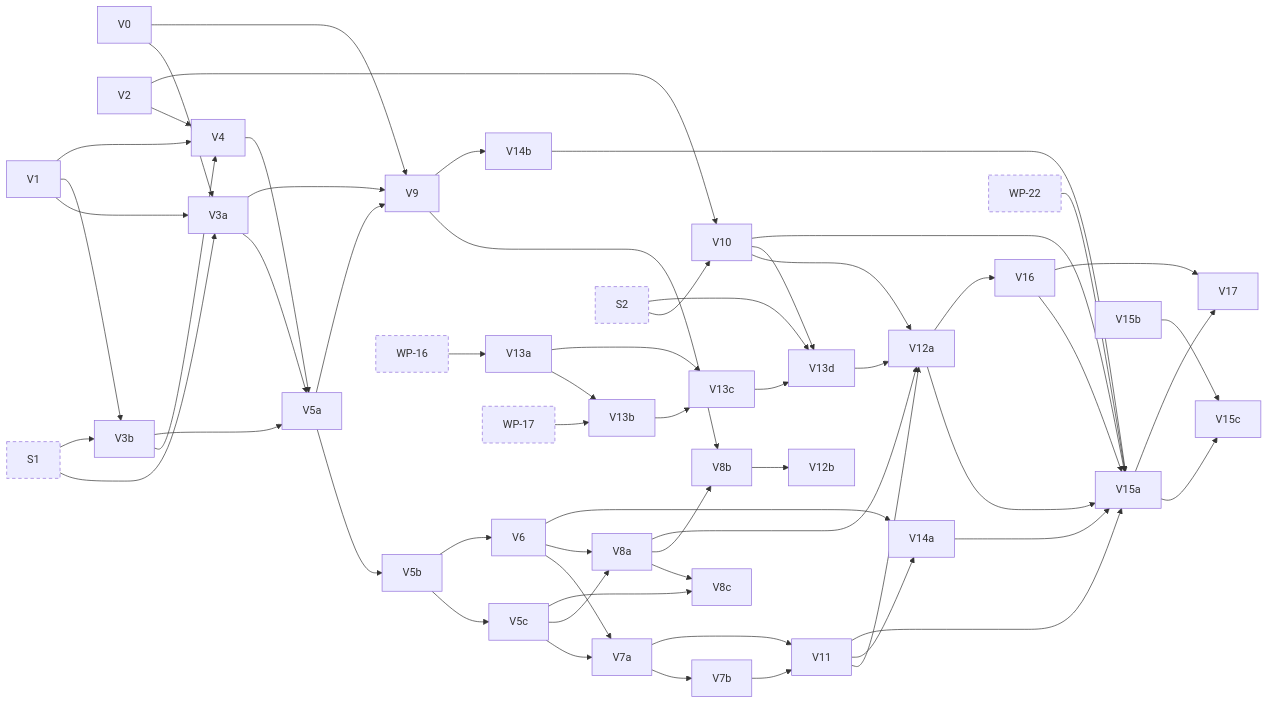
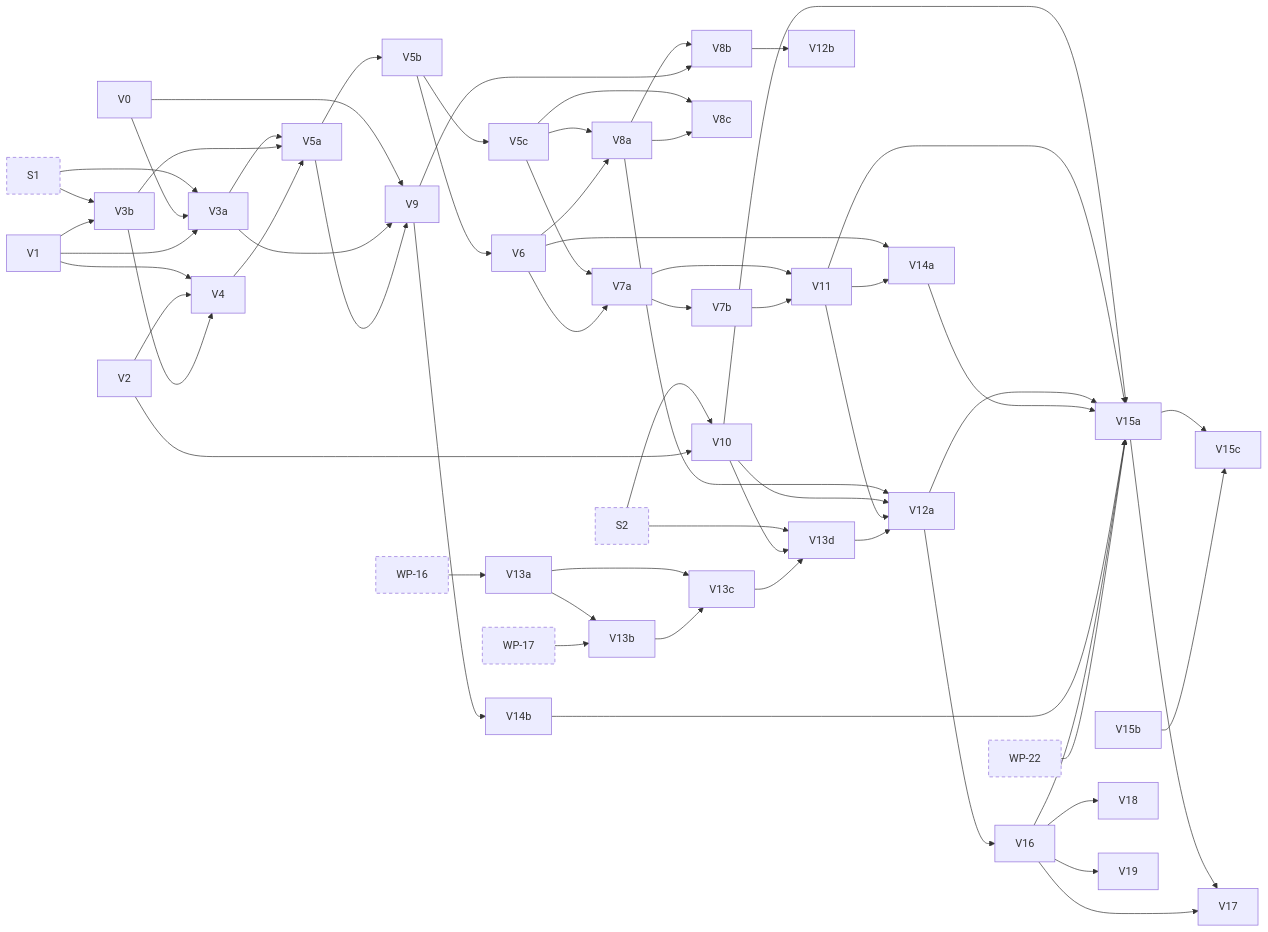
One commit to jhoblitt/rgw-go changed the fourth of 11 diagrams in docs/superpowers/plans/2026-10-13-phase-2/dependencies.md. Above: the diagram before and after it, drawn with Mermaid. The commit also changed other lines of this file and 2 other files, not shown here.

Commit message:
docs(plan): add tasks V18 and V19 from V16's review
V16's review met two defects beyond its own fix. A versioned write
whose version a delete removes between its index completion and its
link answers 404, as radosgw does, although it took effect; V18 makes
it succeed. Another request's OLH replay applies a versioned delete's
removal without the delete's object-lock guard, so a hold set after
the delete's check can be lost; V19 keeps the guard. V17's specs now
also cover an OLH head left behind without a pending attr.

```diff
--- a/docs/superpowers/plans/2026-10-13-phase-2/dependencies.md
+++ b/docs/superpowers/plans/2026-10-13-phase-2/dependencies.md
@@ -224,6 +224,8 @@
   t_V15c["V15c"]
   t_V16["V16"]
   t_V17["V17"]
+  t_V18["V18"]
+  t_V19["V19"]
   t_S1["S1"]:::ext
   t_S2["S2"]:::ext
   t_WP_16["WP-16"]:::ext
@@ -287,6 +289,8 @@
   t_V12a --> t_V16
   t_V15a --> t_V17
   t_V16 --> t_V17
+  t_V16 --> t_V18
+  t_V16 --> t_V19
   click t_V0 href "https://github.com/jhoblitt/rgw-go/blob/main/docs/superpowers/plans/2026-10-13-phase-2/V-versioning.md#task-v0-a-failed-class-call-keeps-its-output" "V0: a failed class call keeps its output"
   click t_V1 href "https://github.com/jhoblitt/rgw-go/blob/main/docs/superpowers/plans/2026-10-13-phase-2/V-versioning.md#task-v1-clsrgw-olh-methods-bi_get-and-the-index-key-encoders" "V1: cls/rgw OLH methods, `bi_get` and the index key encoders"
   click t_V2 href "https://github.com/jhoblitt/rgw-go/blob/main/docs/superpowers/plans/2026-10-13-phase-2/V-versioning.md#task-v2-meta-olh-head-types-and-bucket-helpers" "V2: meta OLH head types and bucket helpers"
@@ -318,6 +322,8 @@
   click t_V15c href "https://github.com/jhoblitt/rgw-go/blob/main/docs/superpowers/plans/2026-10-13-phase-2/V-versioning.md#task-v15c-the-registry-after-the-gate" "V15c: the registry after the gate"
   click t_V16 href "https://github.com/jhoblitt/rgw-go/blob/main/docs/superpowers/plans/2026-10-13-phase-2/V-versioning.md#task-v16-concurrent-deleteobjects-and-writes-of-one-key" "V16: concurrent DeleteObjects and writes of one key"
   click t_V17 href "https://github.com/jhoblitt/rgw-go/blob/main/docs/superpowers/plans/2026-10-13-phase-2/V-versioning.md#task-v17-deleteobjects-runs-a-names-skipped-olh-updates-after-its-last-delete-fails" "V17: DeleteObjects runs a name's skipped OLH updates after its last delete fails"
+  click t_V18 href "https://github.com/jhoblitt/rgw-go/blob/main/docs/superpowers/plans/2026-10-13-phase-2/V-versioning.md#task-v18-a-versioned-write-whose-version-is-deleted-before-it-links-succeeds" "V18: a versioned write whose version is deleted before it links succeeds"
+  click t_V19 href "https://github.com/jhoblitt/rgw-go/blob/main/docs/superpowers/plans/2026-10-13-phase-2/V-versioning.md#task-v19-another-requests-replay-keeps-a-versioned-deletes-object-lock-guard" "V19: another request's replay keeps a versioned delete's object-lock guard"
   click t_S1 href "https://github.com/jhoblitt/rgw-go/blob/main/docs/superpowers/plans/2026-10-13-phase-2/00-index.md#task-s1-fakeradoss-rgw-class-as-method-tables" "S1: fakerados's rgw class as method tables"
   click t_S2 href "https://github.com/jhoblitt/rgw-go/blob/main/docs/superpowers/plans/2026-10-13-phase-2/00-index.md#task-s2-route-sets-per-feature-and-the-env-slots" "S2: route sets per feature and the Env slots"
   click t_WP_16 href "https://github.com/jhoblitt/rgw-go/blob/main/docs/superpowers/plans/2026-10-13-phase-2/WP-write-path.md#task-wp-16-the-otp-class-client" "WP-16: the otp class client"
```
